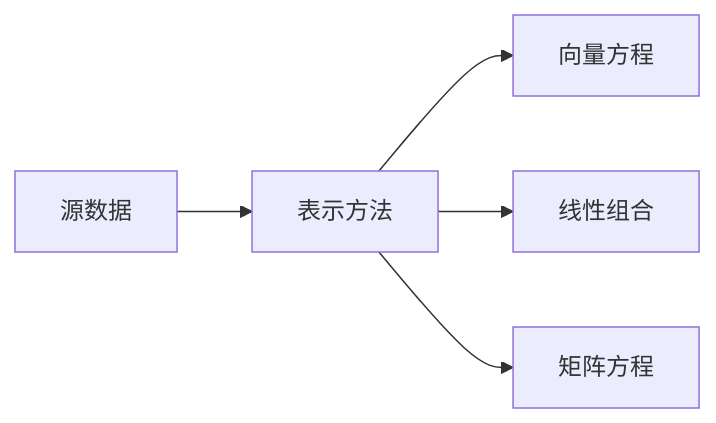
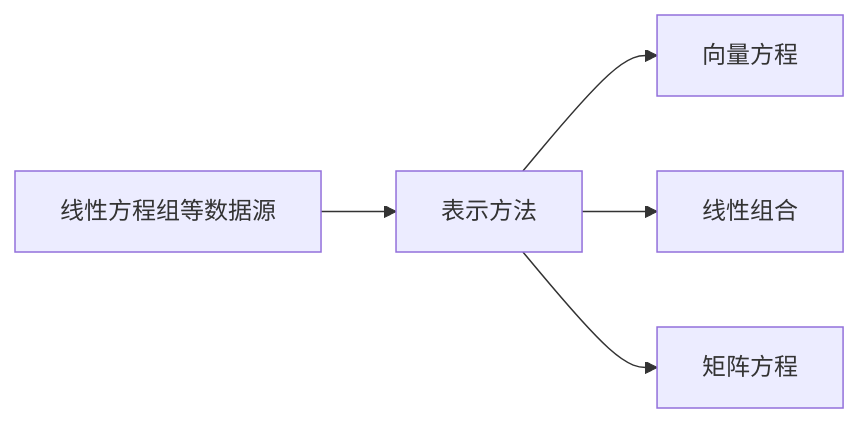
Before and after one commit to huanCode/study: the first of 2 diagrams in 数学/微积分/线性代数.md, drawn with Mermaid. The commit also changed other lines of this file and 1 other file, not shown here.

````diff
--- a/数学/微积分/线性代数.md
+++ b/数学/微积分/线性代数.md
@@ -4,7 +4,7 @@
 ```mermaid
 graph LR
-  源数据 --> 表示方法
+  线性方程组等数据源 --> 表示方法
   表示方法 --> 向量方程
   表示方法 --> 线性组合
   表示方法 --> 矩阵方程
 ```
````
